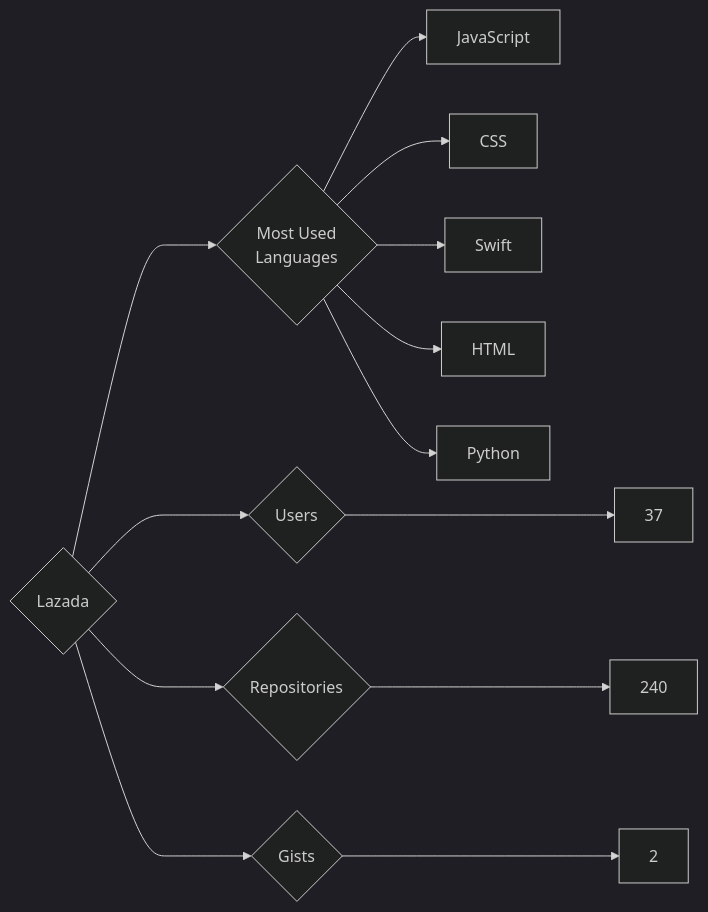
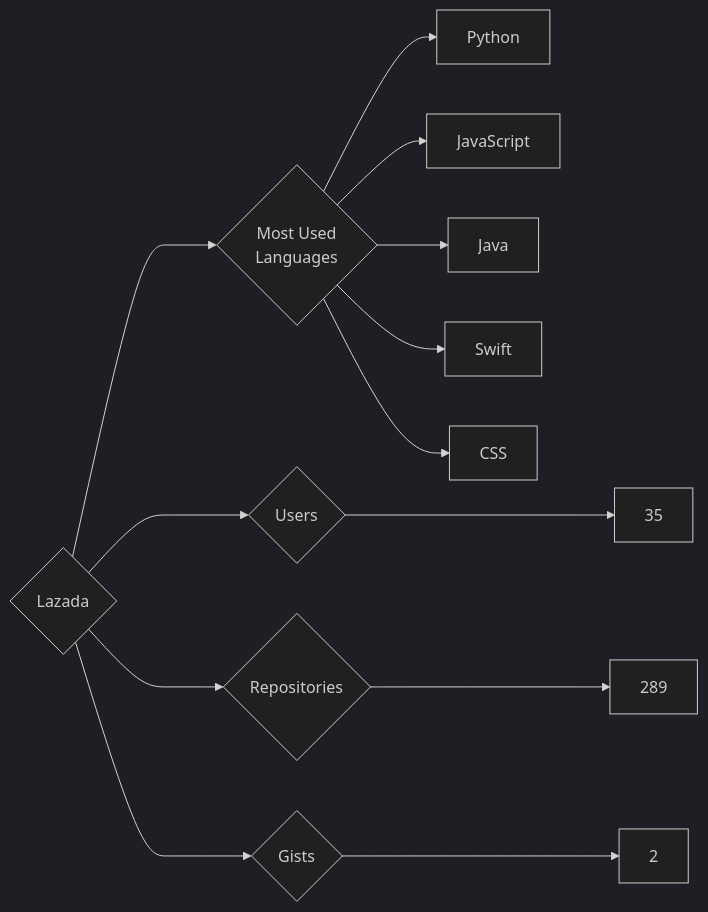
Before and after one commit to trickest/insiders: the diagram in targets/Lazada/README.md, drawn with Mermaid (dark theme). The commit also changed 736 other files, not shown here.

````diff
--- a/targets/Lazada/README.md
+++ b/targets/Lazada/README.md
@@ -3,13 +3,13 @@
 ```mermaid
 graph LR
 COMPANY_NAME{Lazada}
-COMPANY_NAME ---> U{Users} ---> UN[37]
-COMPANY_NAME ---> R{Repositories} ---> RN[240]
+COMPANY_NAME ---> U{Users} ---> UN[35]
+COMPANY_NAME ---> R{Repositories} ---> RN[289]
 COMPANY_NAME ---> G{Gists} ---> GN[2]
 COMPANY_NAME ---> ML{Most Used<br>Languages}
+ML --> Python[Python]
 ML --> JavaScript[JavaScript]
+ML --> Java[Java]
+ML --> Swift[Swift]
 ML --> CSS[CSS]
-ML --> Swift[Swift]
-ML --> HTML[HTML]
-ML --> Python[Python]
 ```
````
